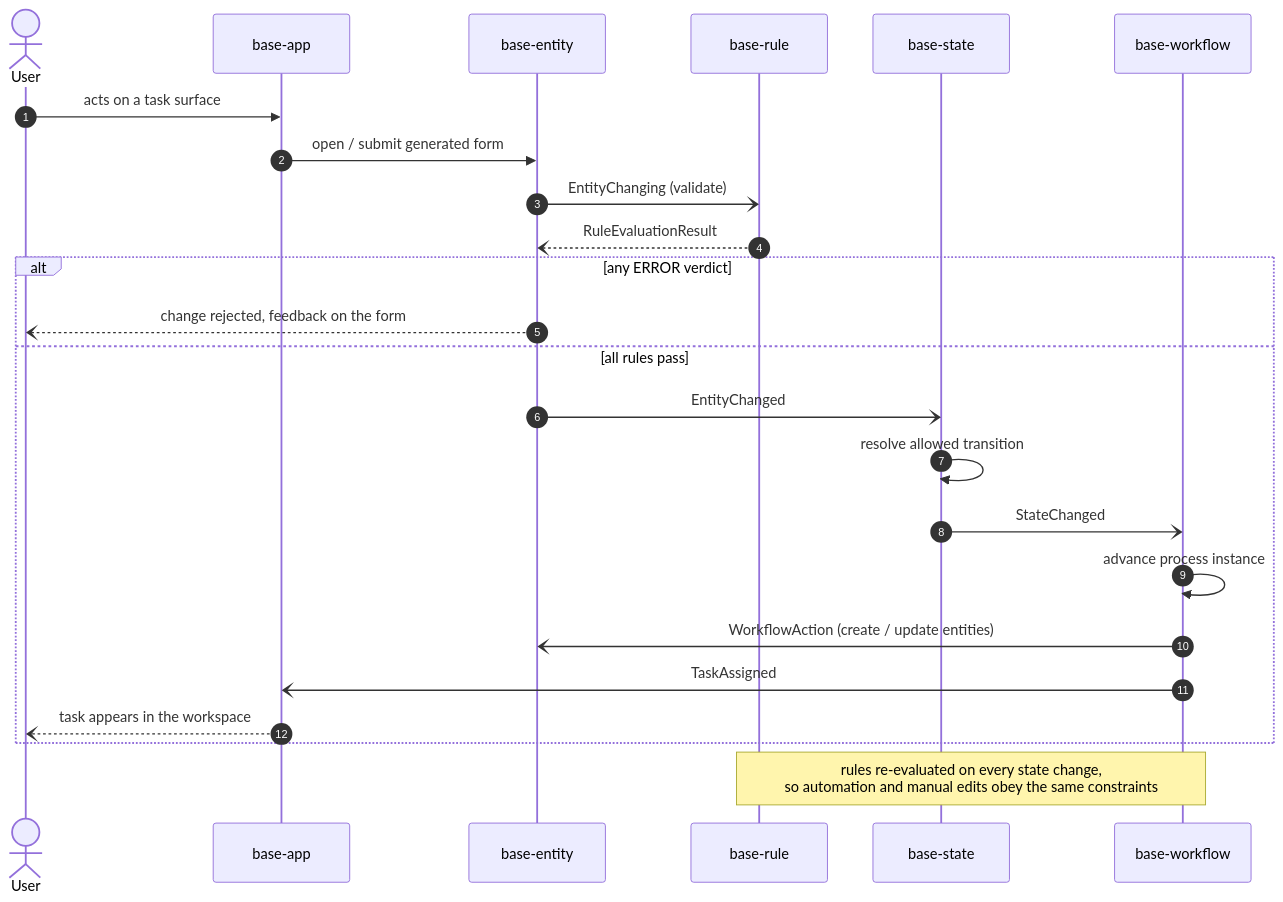
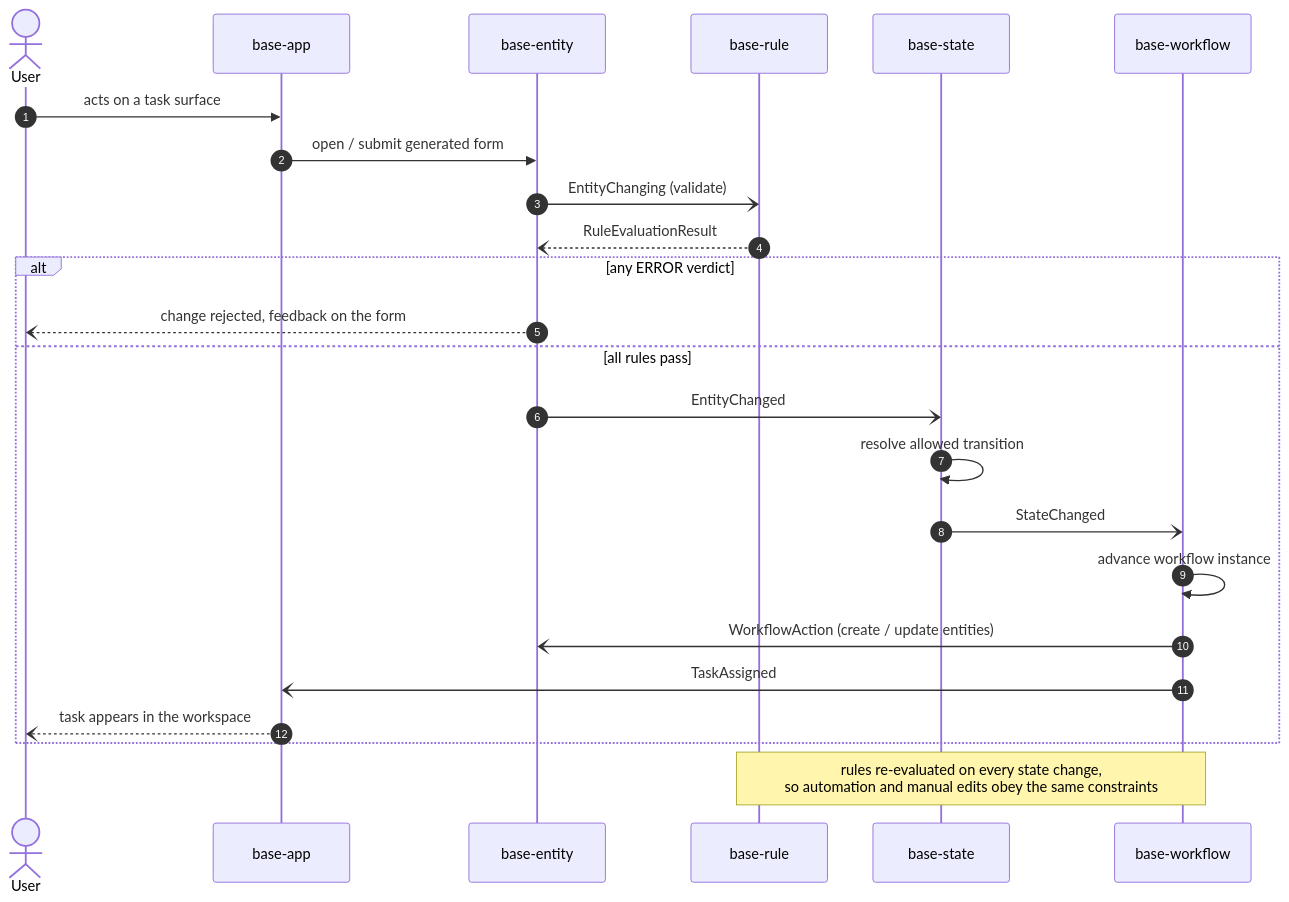
One commit to ZsZs/processpuzzle changed the second of 3 diagrams in README.md. Above: the diagram before and after it, drawn with Mermaid. The commit also changed other lines of this file and 253 other files, not shown here.

Commit message:
fix(base-workflow-backend/frontend): Rename Process* to Workflow*.

````diff
--- a/README.md
+++ b/README.md
@@ -127,27 +127,27 @@
 ```mermaid
 sequenceDiagram
   autonumber
   actor User
   participant D as base-app
   participant E as base-entity
   participant R as base-rule
   participant S as base-state
   participant W as base-workflow
 
   User->>D: acts on a task surface
   D->>E: open / submit generated form
   E-)R: EntityChanging (validate)
   R--)E: RuleEvaluationResult
   alt any ERROR verdict
     E--)User: change rejected, feedback on the form
   else all rules pass
     E-)S: EntityChanged
     S->>S: resolve allowed transition
     S-)W: StateChanged
-    W->>W: advance process instance
+    W->>W: advance workflow instance
     W-)E: WorkflowAction (create / update entities)
     W-)D: TaskAssigned
     D--)User: task appears in the workspace
   end
   Note over R,W: rules re-evaluated on every state change,<br/>so automation and manual edits obey the same constraints
 ```
````
